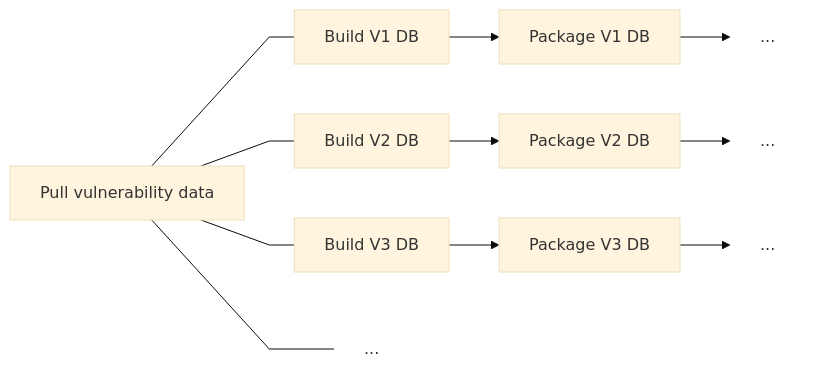
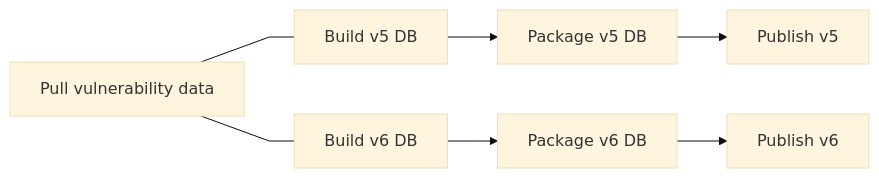
Before and after one commit to anchore-oss-update-bot/oss-docs: the second of 5 diagrams in content/docs/architecture/grype-db.md, drawn with Mermaid (base theme). The commit also changed other lines of this file and 1 other file, not shown here.

````diff
--- a/content/docs/architecture/grype-db.md
+++ b/content/docs/architecture/grype-db.md
@@ -42,30 +42,16 @@
 ```mermaid
 %%{ init: { 'flowchart': { 'curve': 'linear' } } }%%
 flowchart LR
     A[Pull vulnerability data]
 
-    B1[Build V1 DB]
-    C1[Package V1 DB]
-    D1[...]
+    B5[Build v5 DB]
+    C5[Package v5 DB]
+    D5[Publish v5]
 
-    B2[Build V2 DB]
-    C2[Package V2 DB]
-    D2[...]
+    B6[Build v6 DB]
+    C6[Package v6 DB]
+    D6[Publish v6]
 
-    B3[Build V3 DB]
-    C3[Package V3 DB]
-    D3[...]
-
-    E[...]
-
-    A --- B1 --> C1 --> D1
-    A --- B2 --> C2 --> D2
-    A --- B3 --> C3 --> D3
-    A --- E
-
-    style D1 fill:none,stroke:none
-    style D2 fill:none,stroke:none
-    style D3 fill:none,stroke:none
-    style E fill:none,stroke:none
-
+    A --- B5 --> C5 --> D5
+    A --- B6 --> C6 --> D6
 ```
````
